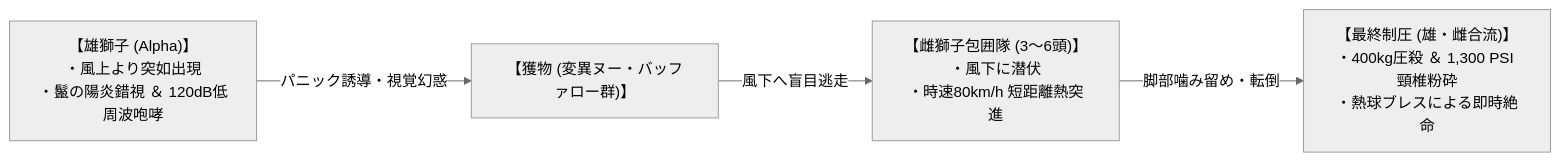
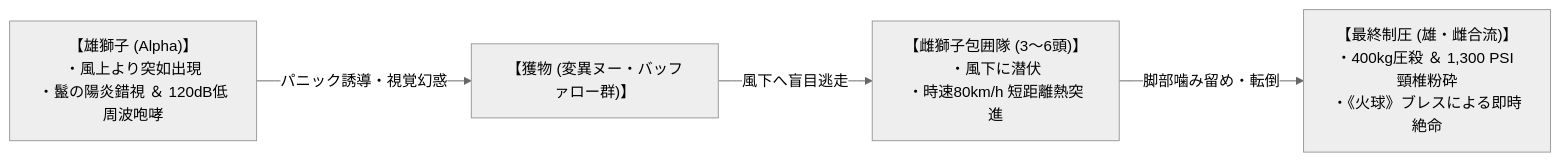
The second of 2 diagrams in creatures/007_pyro_pride_lion.md (takenoriohno-cloud/world-building), drawn with Mermaid (neutral theme) before and after one commit. The commit also changed other lines of this file and 14 other files, not shown here.

````diff
--- a/creatures/007_pyro_pride_lion.md
+++ b/creatures/007_pyro_pride_lion.md
@@ -81,7 +119,7 @@
 ```mermaid
 flowchart LR
-    %% パイロ・プライド・ライオン 戦術的熱波包囲狩猟ネットワーク図
+    %% カゲロウライオン 戦術的熱波包囲狩猟ネットワーク図
     MALE["【雄獅子 (Alpha)】<br/>・風上より突如出現<br/>・鬣の陽炎錯視 ＆ 120dB低周波咆哮"] -->|パニック誘導・視覚幻惑| PREY["【獲物 (変異ヌー・バッファロー群)】"]
     PREY -->|風下へ盲目逃走| AMBUSH["【雌獅子包囲隊 (3〜6頭)】<br/>・風下に潜伏<br/>・時速80km/h 短距離熱突進"]
-    AMBUSH -->|脚部噛み留め・転倒| KILL["【最終制圧 (雄・雌合流)】<br/>・400kg圧殺 ＆ 1,300 PSI 頸椎粉砕<br/>・熱球ブレスによる即時絶命"]
+    AMBUSH -->|脚部噛み留め・転倒| KILL["【最終制圧 (雄・雌合流)】<br/>・400kg圧殺 ＆ 1,300 PSI 頸椎粉砕<br/>・《火球》ブレスによる即時絶命"]
 ```
````
